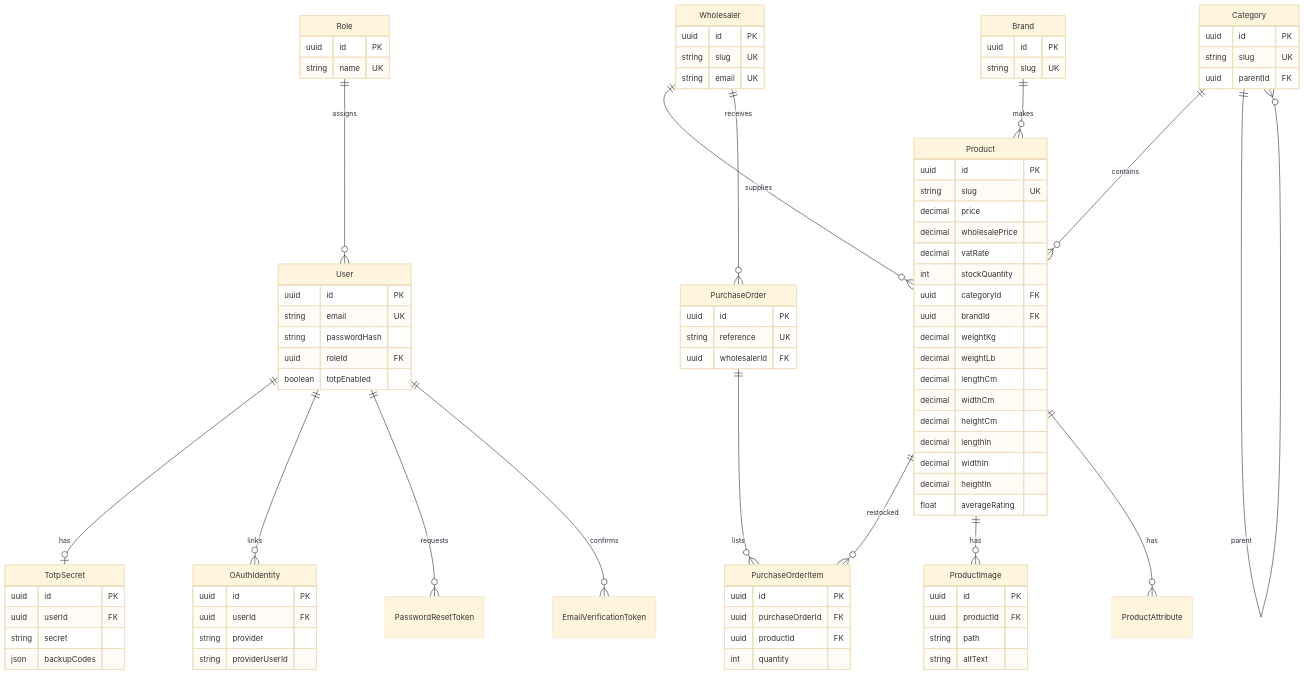
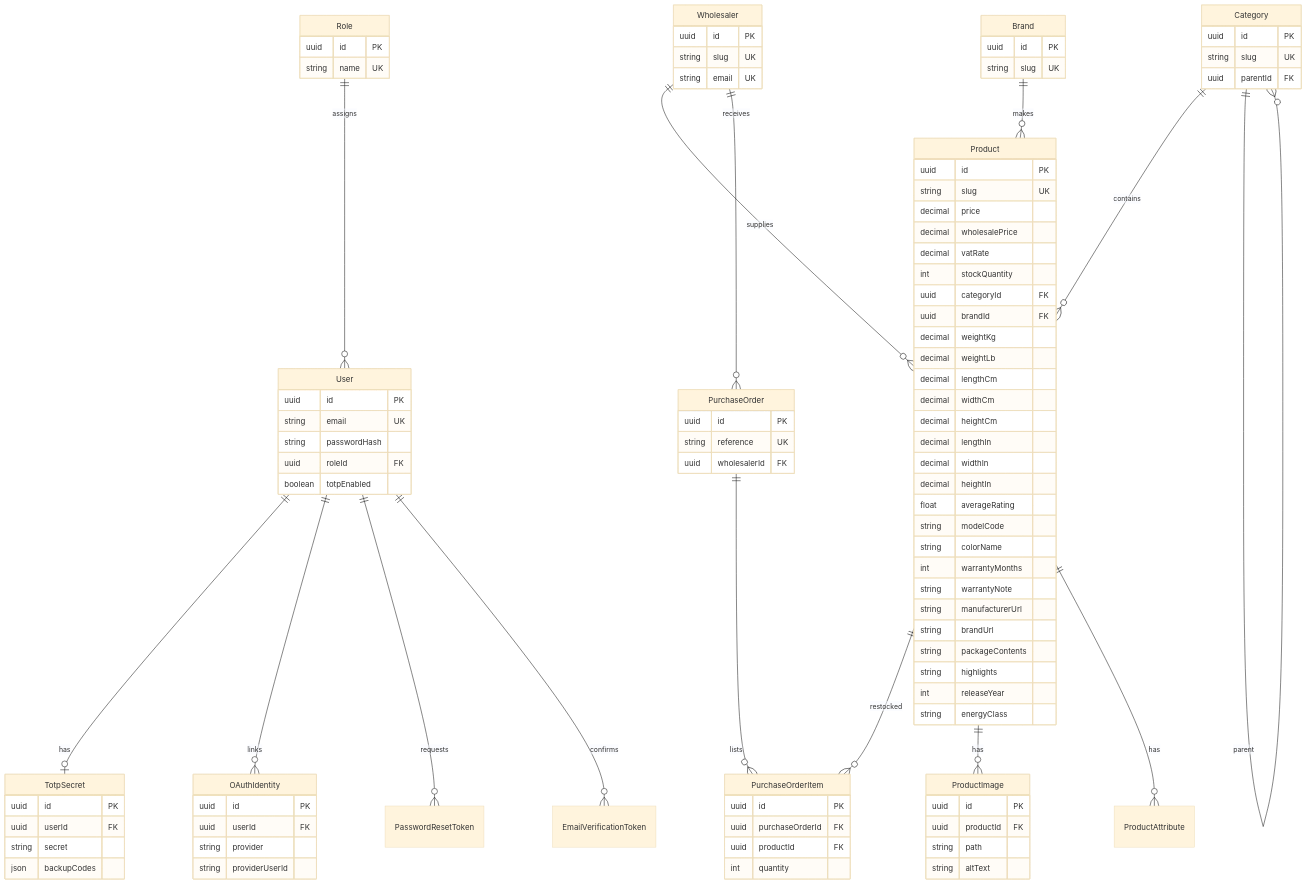
One commit to AlluFI/webshop changed the first of 3 diagrams in docs/erd.md. Above: the diagram before and after it, drawn with Mermaid (base theme). The commit also changed other lines of this file and 96 other files, not shown here.

```diff
--- a/docs/erd.md
+++ b/docs/erd.md
@@ -87,6 +87,16 @@
     decimal widthIn
     decimal heightIn
     float averageRating
+    string modelCode
+    string colorName
+    int warrantyMonths
+    string warrantyNote
+    string manufacturerUrl
+    string brandUrl
+    string packageContents
+    string highlights
+    int releaseYear
+    string energyClass
   }
   ProductImage {
     uuid id PK
```
